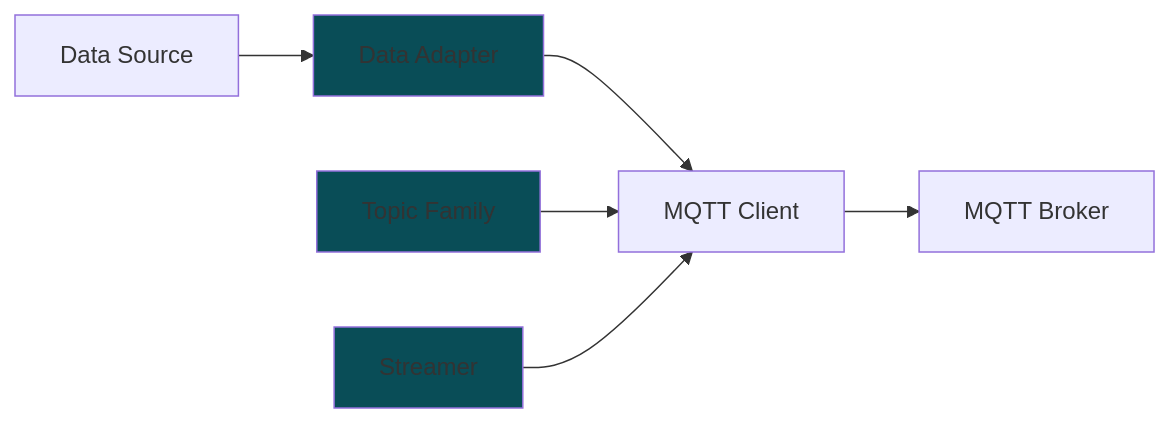
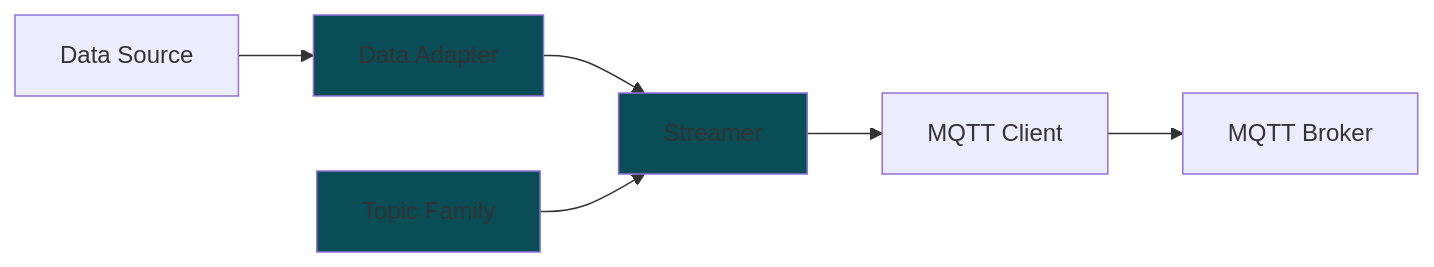
Before and after one commit to cmu-mfi/mfi_ddb_library: the diagram in README.md, drawn with Mermaid. The commit also changed other lines of this file, not shown here.

Commit message:
docs: update README.md to clarify data flow and tutorial status

````diff
--- a/README.md
+++ b/README.md
@@ -14,11 +14,11 @@
 ```mermaid
 flowchart LR;
     A[Data Source] --> B[Data Adapter];
-    B --> M[MQTT Client];
-    C[Topic Family] --> M;
-    D[Streamer] --> M;
+    D[Streamer] --> M[MQTT Client];
+    B --> D;
+    C[Topic Family] --> D;
     M-->X[MQTT Broker];    
 
     classDef highlight fill:#094d57
     class B,C,D highlight
 ```
````
